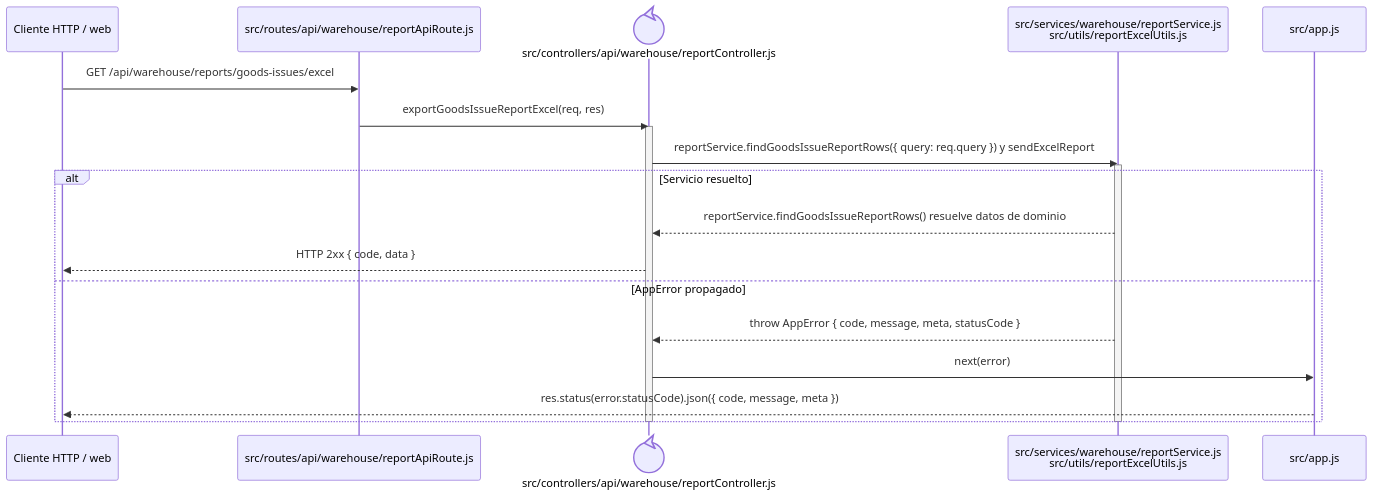
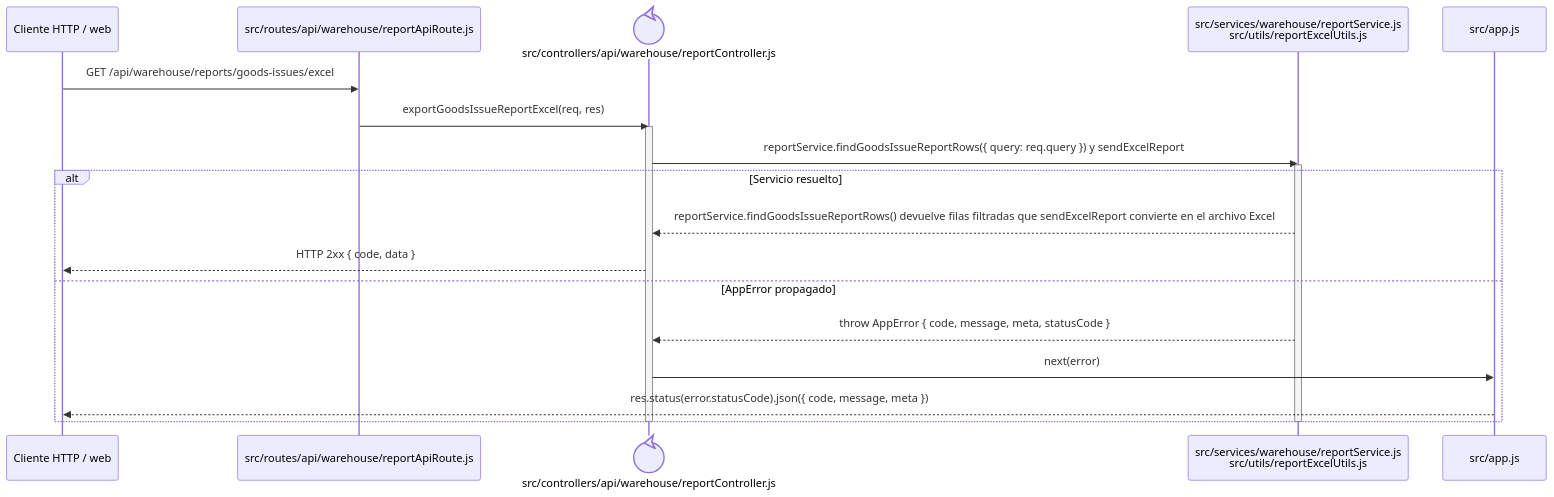
One commit to gpgsistemas01/nexus changed the diagram in docs/architecture/backend-code-sequences/issues/cu-sal-07.md. Above: the diagram before and after it, drawn with Mermaid. The commit also changed 102 other files, not shown here.

````diff
--- a/docs/architecture/backend-code-sequences/issues/cu-sal-07.md
+++ b/docs/architecture/backend-code-sequences/issues/cu-sal-07.md
@@ -6,24 +6,24 @@
 ```mermaid
 sequenceDiagram
     participant Client as Cliente HTTP / web
     participant Route as src/routes/api/warehouse/reportApiRoute.js
     participant Controller@{ "type": "control" } as src/controllers/api/warehouse/reportController.js
     participant Domain as src/services/warehouse/reportService.js<br/>src/utils/reportExcelUtils.js
     participant ErrorHandler as src/app.js
 
     Client->>Route: GET /api/warehouse/reports/goods-issues/excel
     Route->>Controller: exportGoodsIssueReportExcel(req, res)
     activate Controller
     Controller->>Domain: reportService.findGoodsIssueReportRows({ query: req.query }) y sendExcelReport
     activate Domain
     alt Servicio resuelto
-        Domain-->>Controller: reportService.findGoodsIssueReportRows() resuelve datos de dominio
+        Domain-->>Controller: reportService.findGoodsIssueReportRows() devuelve filas filtradas que sendExcelReport convierte en el archivo Excel
         Controller-->>Client: HTTP 2xx { code, data }
     else AppError propagado
         Domain-->>Controller: throw AppError { code, message, meta, statusCode }
         Controller->>ErrorHandler: next(error)
         ErrorHandler-->>Client: res.status(error.statusCode).json({ code, message, meta })
     end
     deactivate Domain
     deactivate Controller
 ```
````
